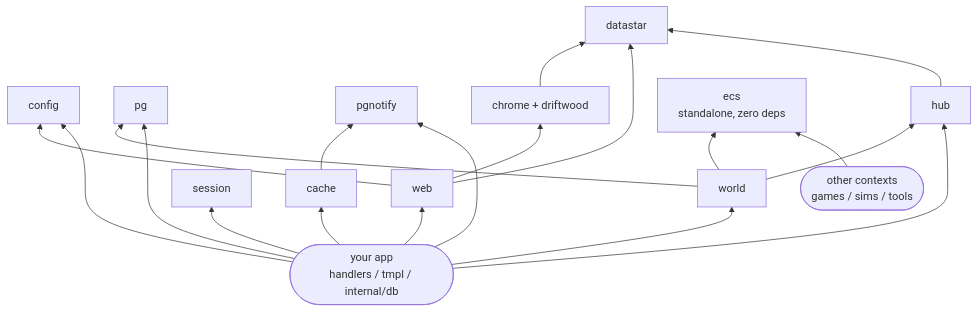
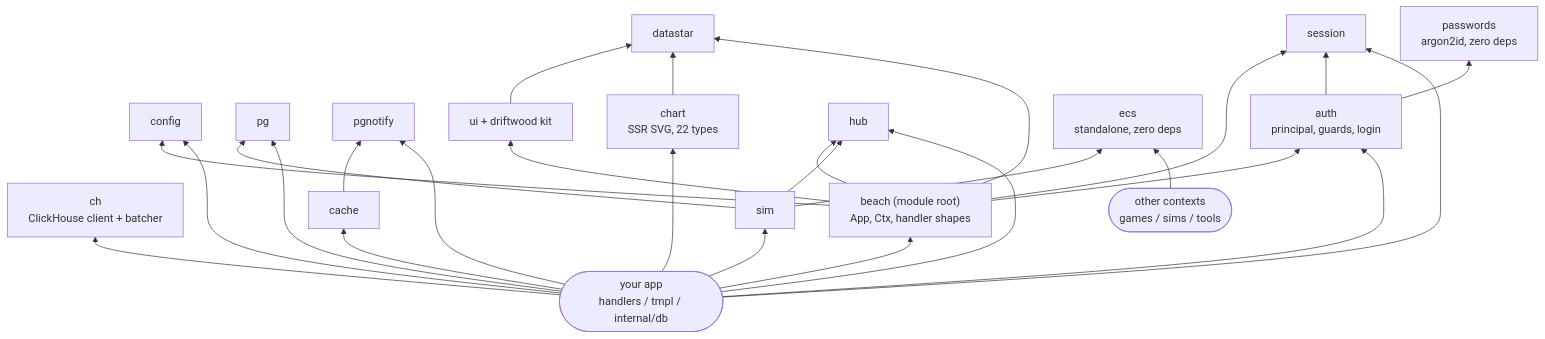
Before and after one commit to ThirdCoastInteractive/Beach: the second of 2 diagrams in docs/README.md, drawn with Mermaid. The commit also changed other lines of this file and 20 other files, not shown here.

Commit message:
docs: beach root layout, ui toolkit (14KB law), sim rename, Atlas adoptions (auth/apigen/chart/ch), example trio

````diff
--- a/docs/README.md
+++ b/docs/README.md
@@ -44,35 +46,47 @@
 ```mermaid
 flowchart BT
     config["config"]
     pg["pg"]
     pgnotify["pgnotify"]
     datastar["datastar"]
-    chrome["chrome + driftwood"]
-    web["web"]
+    ui["ui + driftwood kit"]
+    chart["chart<br/>SSR SVG, 22 types"]
+    ch["ch<br/>ClickHouse client + batcher"]
+    beach["beach (module root)<br/>App, Ctx, handler shapes"]
     hub["hub"]
     cache["cache"]
     session["session"]
+    passwords["passwords<br/>argon2id, zero deps"]
+    auth["auth<br/>principal, guards, login"]
     ecs["ecs<br/>standalone, zero deps"]
-    world["world"]
+    sim["sim"]
     app(["your app<br/>handlers / tmpl / internal/db"])
     other(["other contexts<br/>games / sims / tools"])
 
-    chrome --> datastar
-    web --> chrome
-    web --> datastar
-    web --> config
+    ui --> datastar
+    chart --> datastar
+    beach --> ui
+    beach --> datastar
+    beach --> config
+    beach --> session
+    beach --> hub
+    beach --> auth
+    auth --> passwords
+    auth --> session
     cache --> pgnotify
-    hub --> datastar
-    world --> ecs
-    world --> hub
-    world --> pg
-    app --> web
+    sim --> ecs
+    sim --> hub
+    sim --> pg
+    app --> beach
     app --> hub
     app --> cache
     app --> session
-    app --> world
+    app --> auth
+    app --> sim
+    app --> chart
+    app --> ch
     app --> pg
     app --> pgnotify
     app --> config
     other --> ecs
 ```
````
